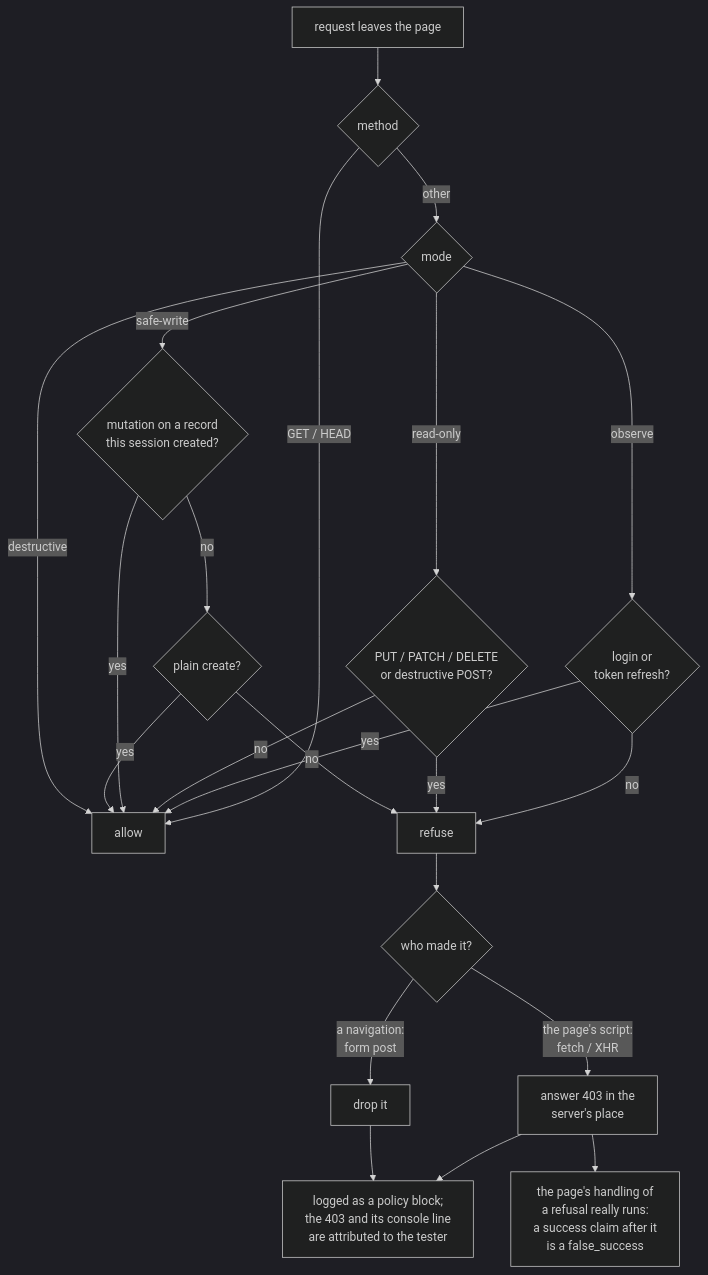
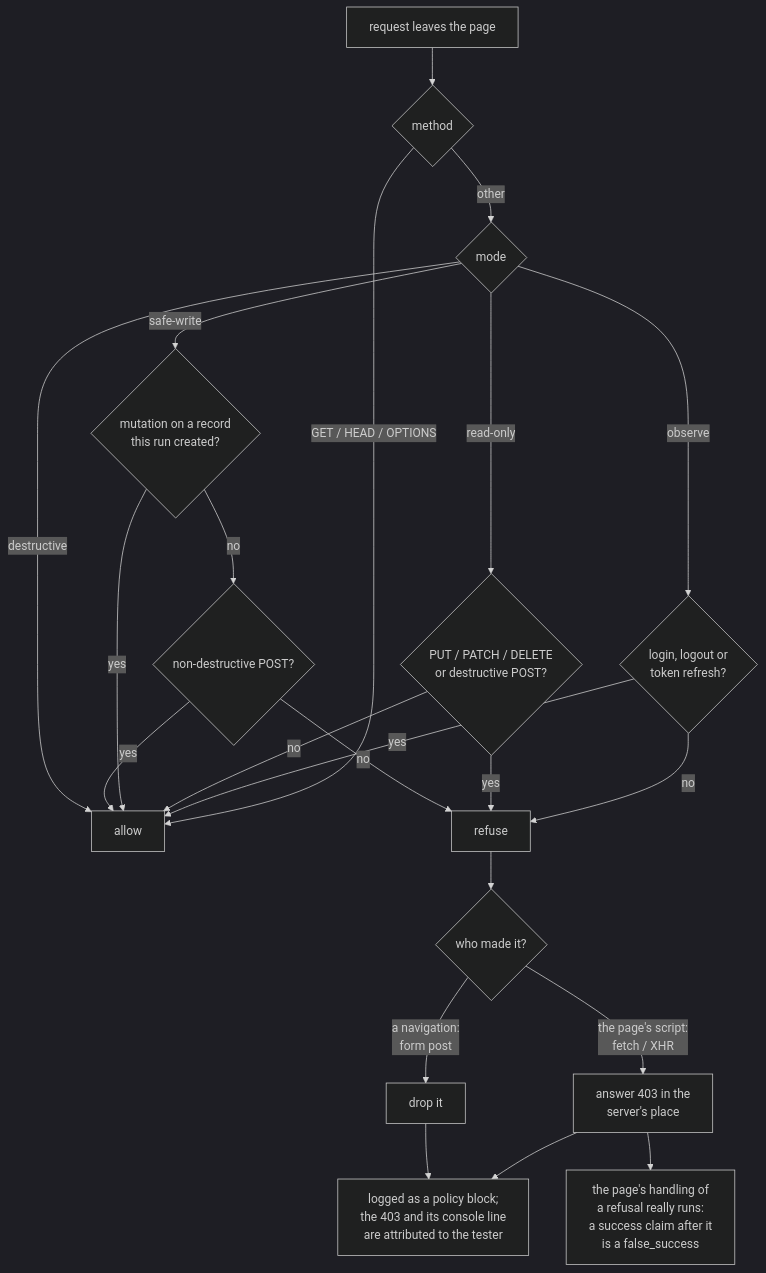
Before and after one commit to brunoboto96/SceneScout: the fourth of 9 diagrams in docs/how-it-works.md, drawn with Mermaid (dark theme). The commit also changed other lines of this file and 3 other files, not shown here.

````diff
--- a/docs/how-it-works.md
+++ b/docs/how-it-works.md
@@ -111,24 +111,24 @@
 ```mermaid
 flowchart TD
     A[request leaves the page] --> B{method}
-    B -->|GET / HEAD| P[allow]
+    B -->|GET / HEAD / OPTIONS| P[allow]
     B -->|other| C{mode}
-    C -->|observe| D{login or<br/>token refresh?}
+    C -->|observe| D{login, logout or<br/>token refresh?}
     D -->|yes| P
     D -->|no| X[refuse]
     C -->|read-only| E{PUT / PATCH / DELETE<br/>or destructive POST?}
     E -->|yes| X
     E -->|no| P
-    C -->|safe-write| F{mutation on a record<br/>this session created?}
+    C -->|safe-write| F{mutation on a record<br/>this run created?}
     F -->|yes| P
-    F -->|no| G{plain create?}
+    F -->|no| G{non-destructive POST?}
     G -->|yes| P
     G -->|no| X
     C -->|destructive| P
     X --> R{who made it?}
     R -->|the page's script:<br/>fetch / XHR| S[answer 403 in the<br/>server's place]
     R -->|a navigation:<br/>form post| T[drop it]
     S --> Y[logged as a policy block;<br/>the 403 and its console line<br/>are attributed to the tester]
     T --> Y
     S --> Z[the page's handling of<br/>a refusal really runs:<br/>a success claim after it<br/>is a false_success]
 ```
````
